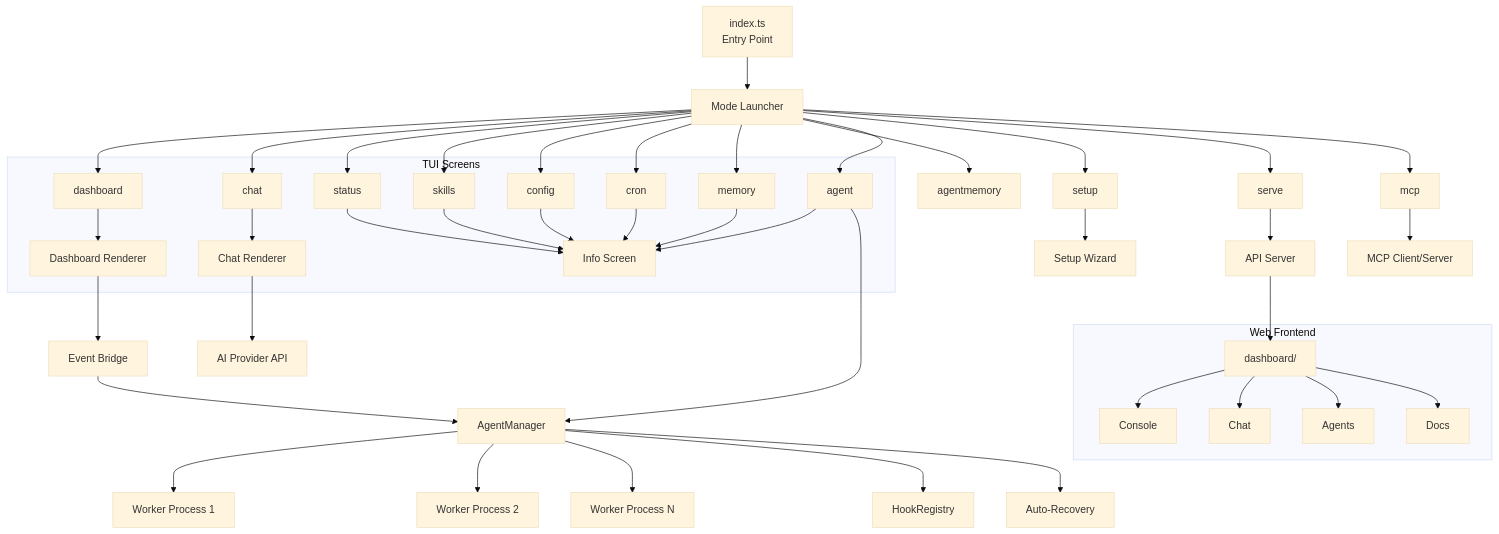
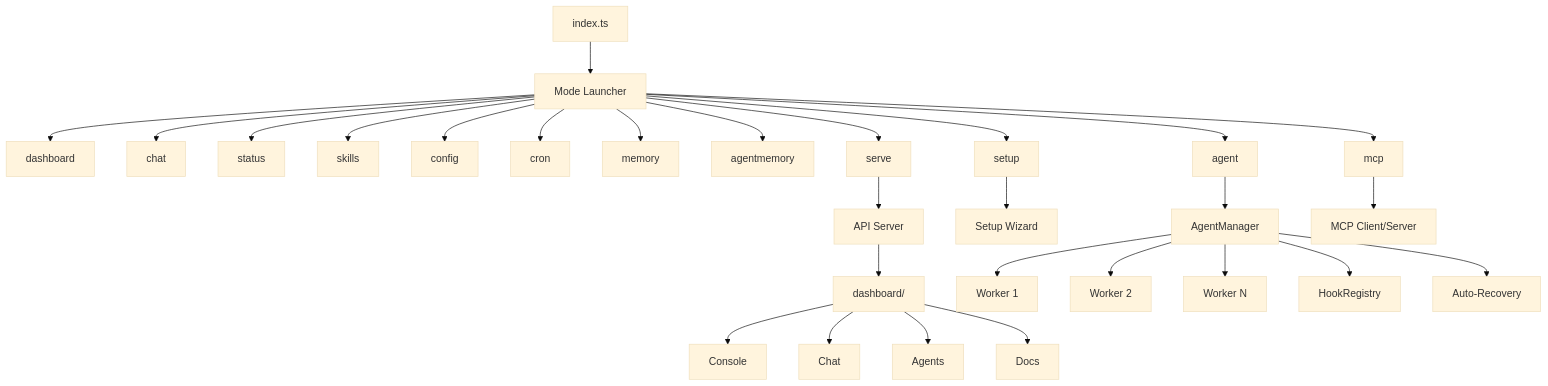
One commit to KunjShah95/neuron-os changed the diagram in README.md. Above: the diagram before and after it, drawn with Mermaid (base theme). The commit also changed other lines of this file and 73 other files, not shown here.

First line of the commit message:
feat(docs,types): stabilize codebase and update 1-year roadmap

````diff
--- a/README.md
+++ b/README.md
@@ -208,50 +132,33 @@
 ```mermaid
 graph TD
-    CLI[index.ts<br/>Entry Point] --> ML[Mode Launcher]
+    CLI[index.ts] --> ML[Mode Launcher]
     ML --> D[dashboard]
     ML --> C[chat]
     ML --> ST[status]
     ML --> SK[skills]
     ML --> CFG[config]
     ML --> CR[cron]
     ML --> MEM[memory]
     ML --> AMEM[agentmemory]
     ML --> A[agent]
     ML --> S[setup]
     ML --> SV[serve]
     ML --> MCP[mcp]
 
-    subgraph "Web Frontend"
-        WB[dashboard/]
-        WB --> WB1[Console]
-        WB --> WB2[Chat]
-        WB --> WB3[Agents]
-        WB --> WB4[Docs]
-    end
-
-    subgraph "TUI Screens"
-        D --> DTUI[Dashboard Renderer]
-        C --> CTUI[Chat Renderer]
-        ST --> ITUI[Info Screen]
-        SK --> ITUI
-        CFG --> ITUI
-        CR --> ITUI
-        MEM --> ITUI
-        A --> ITUI
-    end
+    WB[dashboard/] --> WB1[Console]
+    WB --> WB2[Chat]
+    WB --> WB3[Agents]
+    WB --> WB4[Docs]
 
     A --> AM[AgentManager]
     S --> Wiz[Setup Wizard]
     SV --> API[API Server]
     MCP --> MCPC[MCP Client/Server]
     API --> WB
 
-    AM --> W1[Worker Process 1]
-    AM --> W2[Worker Process 2]
-    AM --> WN[Worker Process N]
+    AM --> W1[Worker 1]
+    AM --> W2[Worker 2]
+    AM --> WN[Worker N]
     AM --> HR[HookRegistry]
     AM --> RC[Auto-Recovery]
-    CTUI --> AI[AI Provider API]
-    DTUI --> EB[Event Bridge]
-    EB --> AM
 ```
````
